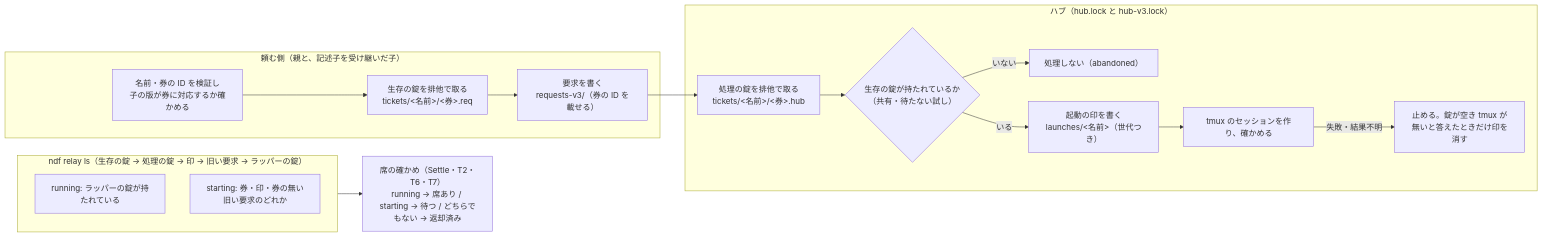
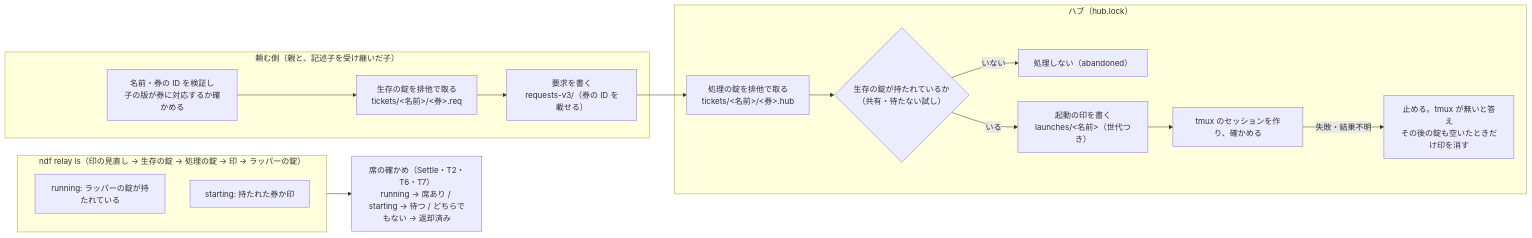
The second of 3 diagrams in issues/issue-4103-design.md (devbasex/ai-plugins), drawn with Mermaid before and after one commit. The commit also changed other lines of this file and 2 other files, not shown here.

````diff
--- a/issues/issue-4103-design.md
+++ b/issues/issue-4103-design.md
@@ -58,19 +63,19 @@
 ```mermaid
 flowchart LR
   subgraph REQ["頼む側（親と、記述子を受け継いだ子）"]
     V["名前・券の ID を検証し<br>子の版が券に対応するか確かめる"] --> T["生存の錠を排他で取る<br>tickets/<名前>/<券>.req"] --> W["要求を書く<br>requests-v3/（券の ID を載せる）"]
   end
-  subgraph HUB["ハブ（hub.lock と hub-v3.lock）"]
+  subgraph HUB["ハブ（hub.lock）"]
     H["処理の錠を排他で取る<br>tickets/<名前>/<券>.hub"] --> C{"生存の錠が持たれているか<br>（共有・待たない試し）"}
     C -- "いない" --> AB["処理しない（abandoned）"]
     C -- "いる" --> M["起動の印を書く<br>launches/<名前>（世代つき）"]
     M --> S["tmux のセッションを作り、確かめる"]
-    S -- "失敗・結果不明" --> K["止める。錠が空き tmux が無いと答えたときだけ印を消す"]
+    S -- "失敗・結果不明" --> K["止める。tmux が無いと答え<br>その後の錠も空いたときだけ印を消す"]
   end
-  subgraph LS["ndf relay ls（生存の錠 → 処理の錠 → 印 → 旧い要求 → ラッパーの錠）"]
+  subgraph LS["ndf relay ls（印の見直し → 生存の錠 → 処理の錠 → 印 → ラッパーの錠）"]
     R["running: ラッパーの錠が持たれている"]
-    ST["starting: 券・印・券の無い旧い要求のどれか"]
+    ST["starting: 持たれた券か印"]
   end
   W --> H
   LS --> SE["席の確かめ（Settle・T2・T6・T7）<br>running → 席あり / starting → 待つ / どちらでもない → 返却済み"]
 ```
````
